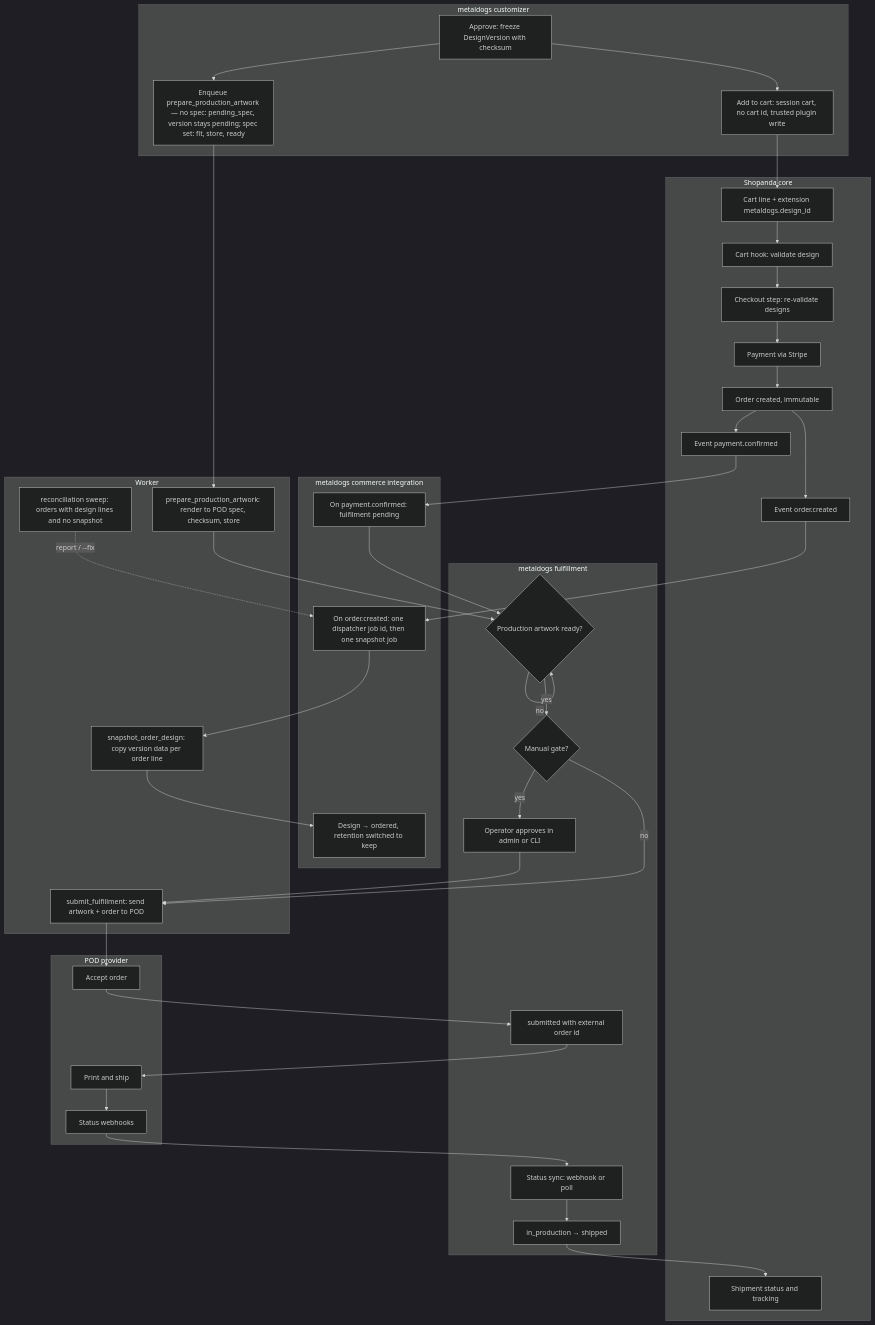
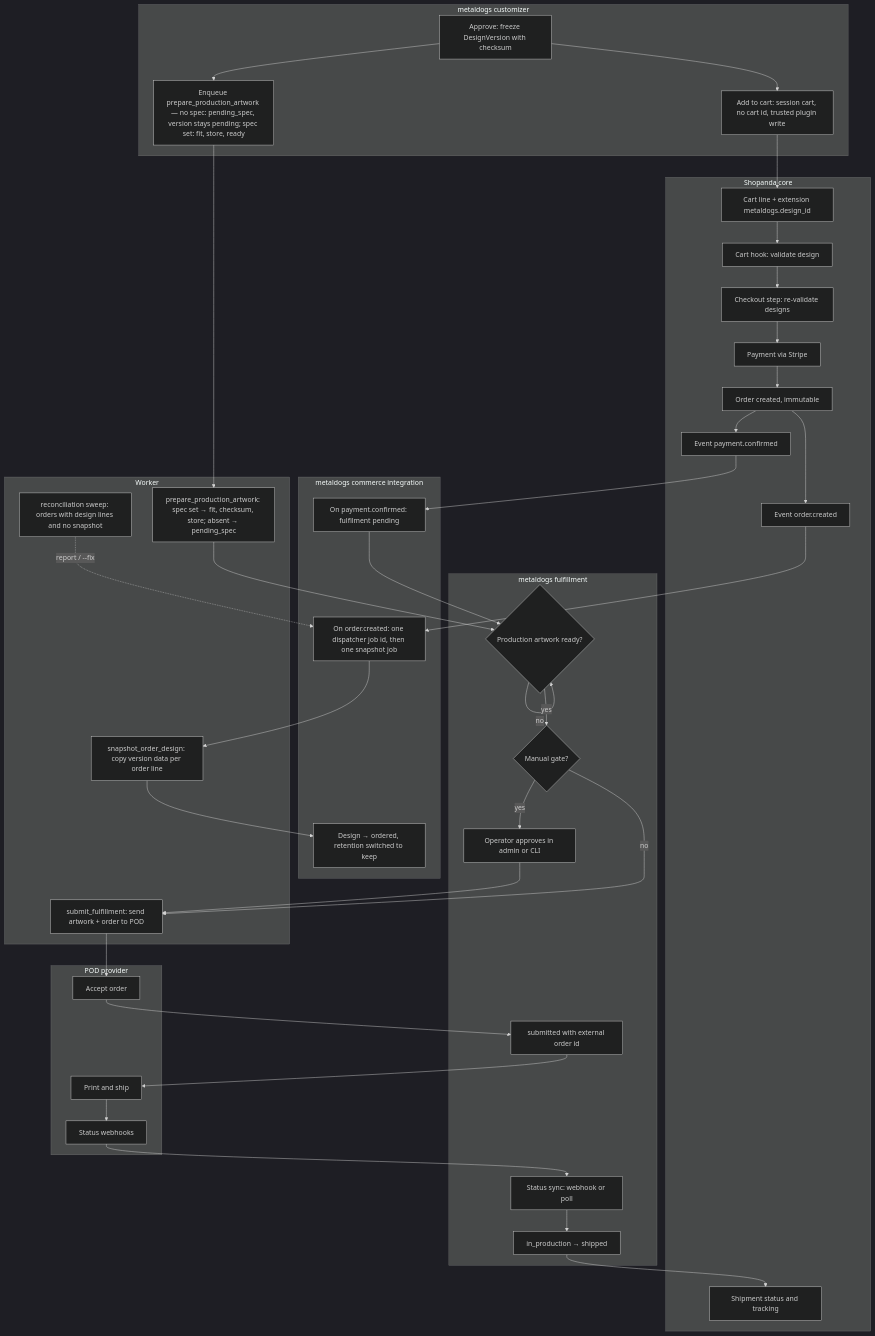
One commit to akarso/metal_dogs changed the first of 2 diagrams in docs/architecture/flows/checkout-snapshot-and-fulfillment.md. Above: the diagram before and after it, drawn with Mermaid (dark theme). The commit also changed 2 other files, not shown here.

Commit message:
Drop the leftover claim that prepare stays a stub until G5.
The job error and the approve row now match the configured-spec path: pending_spec only when the section is absent, and a stored file or a failure reason when it is set.

````diff
--- a/docs/architecture/flows/checkout-snapshot-and-fulfillment.md
+++ b/docs/architecture/flows/checkout-snapshot-and-fulfillment.md
@@ -9,58 +9,58 @@
 ```mermaid
 flowchart TB
     subgraph customizer[metaldogs customizer]
         a1[Approve: freeze DesignVersion with checksum]
         a2[Enqueue prepare_production_artwork — no spec: pending_spec, version stays pending; spec set: fit, store, ready]
         a3[Add to cart: session cart, no cart id, trusted plugin write]
     end
 
     subgraph worker[Worker]
-        w1[prepare_production_artwork: render to POD spec, checksum, store]
+        w1[prepare_production_artwork: spec set → fit, checksum, store; absent → pending_spec]
         w2[snapshot_order_design: copy version data per order line]
         w3[submit_fulfillment: send artwork + order to POD]
         w4[reconciliation sweep: orders with design lines and no snapshot]
     end
 
     subgraph shopanda[Shopanda core]
         s1[Cart line + extension metaldogs.design_id]
         s2[Cart hook: validate design]
         s3[Checkout step: re-validate designs]
         s4[Payment via Stripe]
         s5[Order created, immutable]
         s6[Event order.created]
         s7[Event payment.confirmed]
         s8[Shipment status and tracking]
     end
 
     subgraph commerce[metaldogs commerce integration]
         e1[On order.created: one dispatcher job id, then one snapshot job]
         e2[Design → ordered, retention switched to keep]
         e3[On payment.confirmed: fulfilment pending]
     end
 
     subgraph fulfillment[metaldogs fulfillment]
         f1{Production artwork ready?}
         f2{Manual gate?}
         f3[Operator approves in admin or CLI]
         f4[submitted with external order id]
         f5[Status sync: webhook or poll]
         f6[in_production → shipped]
     end
 
     subgraph pod[POD provider]
         p1[Accept order]
         p2[Print and ship]
         p3[Status webhooks]
     end
 
     a1 --> a2 --> w1
     a1 --> a3 --> s1 --> s2 --> s3 --> s4 --> s5 --> s6 --> e1 --> w2 --> e2
     s5 --> s7 --> e3 --> f1
     w1 --> f1
     f1 -- no --> f1
     f1 -- yes --> f2
     f2 -- yes --> f3 --> w3
     f2 -- no --> w3
     w3 --> p1 --> f4 --> p2 --> p3 --> f5 --> f6 --> s8
     w4 -. report / --fix .-> e1
 ```
````
